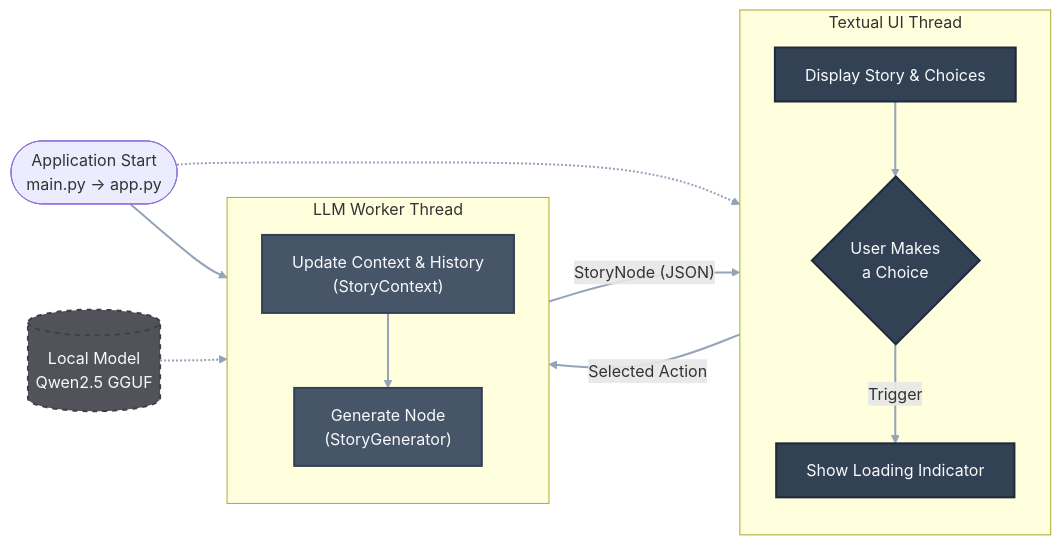
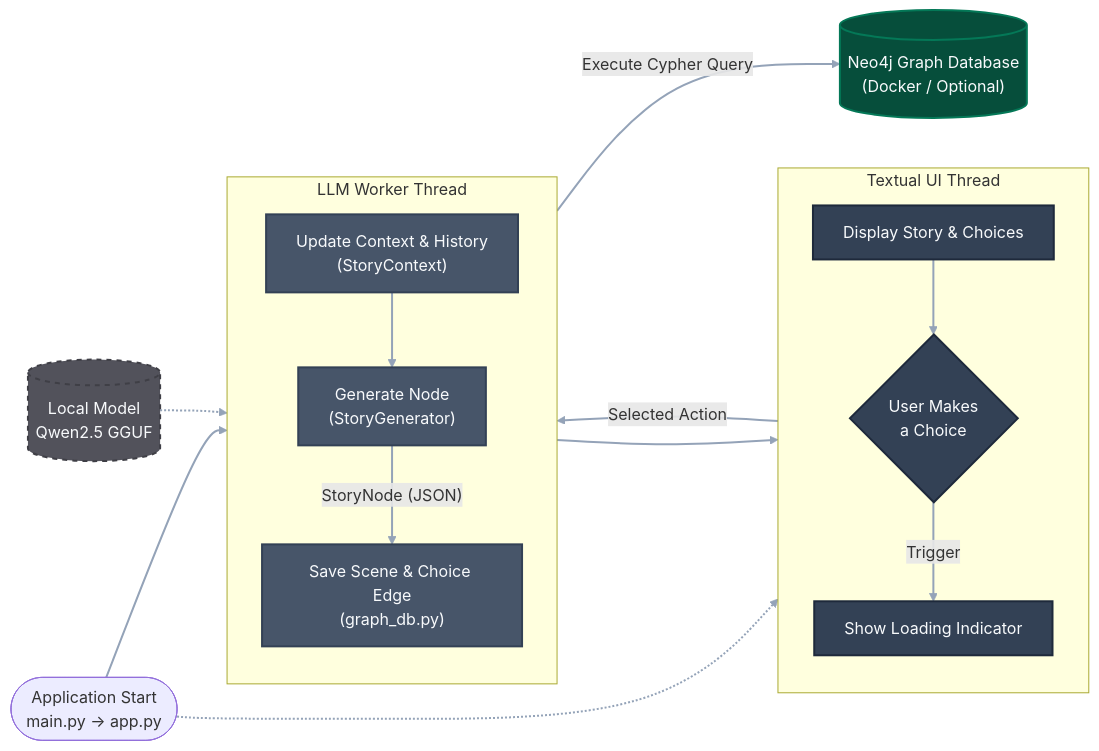
One commit to KishanPipariya/CYOA_TUI changed the diagram in workflow.md. Above: the diagram before and after it, drawn with Mermaid. The commit also changed 5 other files, not shown here.

Commit message:
Fixed some code architecture issues

````diff
--- a/workflow.md
+++ b/workflow.md
@@ -3,43 +3,48 @@
 ```mermaid
 %%{init: {'flowchart': {'curve': 'basis'}}}%%
 flowchart LR
     %% Define Styles (Muted, Sophisticated Palette)
     classDef tui fill:#334155,color:#F8FAFC,stroke:#1E293B,stroke-width:2px;
     classDef backend fill:#475569,color:#F8FAFC,stroke:#334155,stroke-width:2px;
     classDef model fill:#52525B,color:#F8FAFC,stroke:#3F3F46,stroke-width:2px,stroke-dasharray: 5 5;
+    classDef db fill:#064E3B,color:#F8FAFC,stroke:#047857,stroke-width:2px;
     
     %% Lines
     linkStyle default stroke:#94A3B8,stroke-width:2px;
 
     %% Nodes
     Start([Application Start<br/>main.py -> app.py])
 
     subgraph TUI["Textual UI Thread"]
         direction TB
         ShowLoading["Show Loading Indicator"]:::tui
         DisplayStory["Display Story & Choices"]:::tui
         UserChoice{"User Makes<br/>a Choice"}:::tui
     end
 
     subgraph Backend["LLM Worker Thread"]
         direction TB
         Generate["Generate Node<br/>(StoryGenerator)"]:::backend
         UpdateContext["Update Context & History<br/>(StoryContext)"]:::backend
+        SaveGraph["Save Scene & Choice Edge<br/>(graph_db.py)"]:::backend
     end
 
     SubModel[("Local Model<br/>Qwen2.5 GGUF")]:::model
+    GraphDB[("Neo4j Graph Database<br/>(Docker / Optional)")]:::db
 
     %% Edges
     Start --> Generate
     Start -.-> ShowLoading
     
     SubModel -.-> Generate
 
-    Generate -- "StoryNode (JSON)" --> DisplayStory
+    Generate -- "StoryNode (JSON)" --> SaveGraph
+    SaveGraph --> DisplayStory
     DisplayStory --> UserChoice
     
     UserChoice -- "Selected Action" --> UpdateContext
     UserChoice -- "Trigger" --> ShowLoading
     
     UpdateContext --> Generate
+    SaveGraph -- "Execute Cypher Query" --> GraphDB
 ```
````
